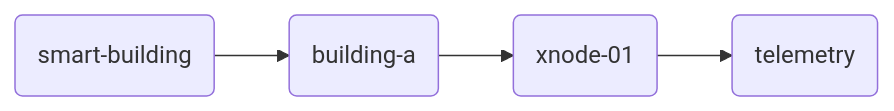
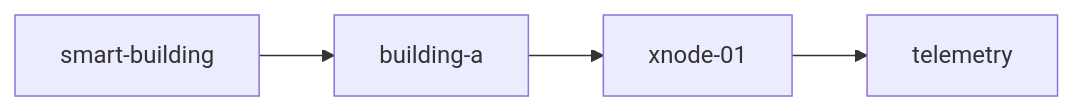
Before and after one commit to X-Mind-World/EduminD-Contents: the first of 4 diagrams in MQTT/MQTT Topics and Payload Design (FA).md, drawn with Mermaid.

Commit message:
Update MQTT Topics and Payload Design (FA).md

````diff
--- a/MQTT/MQTT Topics and Payload Design (FA).md
+++ b/MQTT/MQTT Topics and Payload Design (FA).md
@@ -505,10 +505,10 @@
 ```mermaid
-graph LR
-    A("smart-building")
-    B("building-a")
-    C("xnode-01")
-    D("telemetry")
+flowchart LR
+    A["smart-building"]
+    B["building-a"]
+    C["xnode-01"]
+    D["telemetry"]
     A --> B
     B --> C
     C --> D
 ```
````
